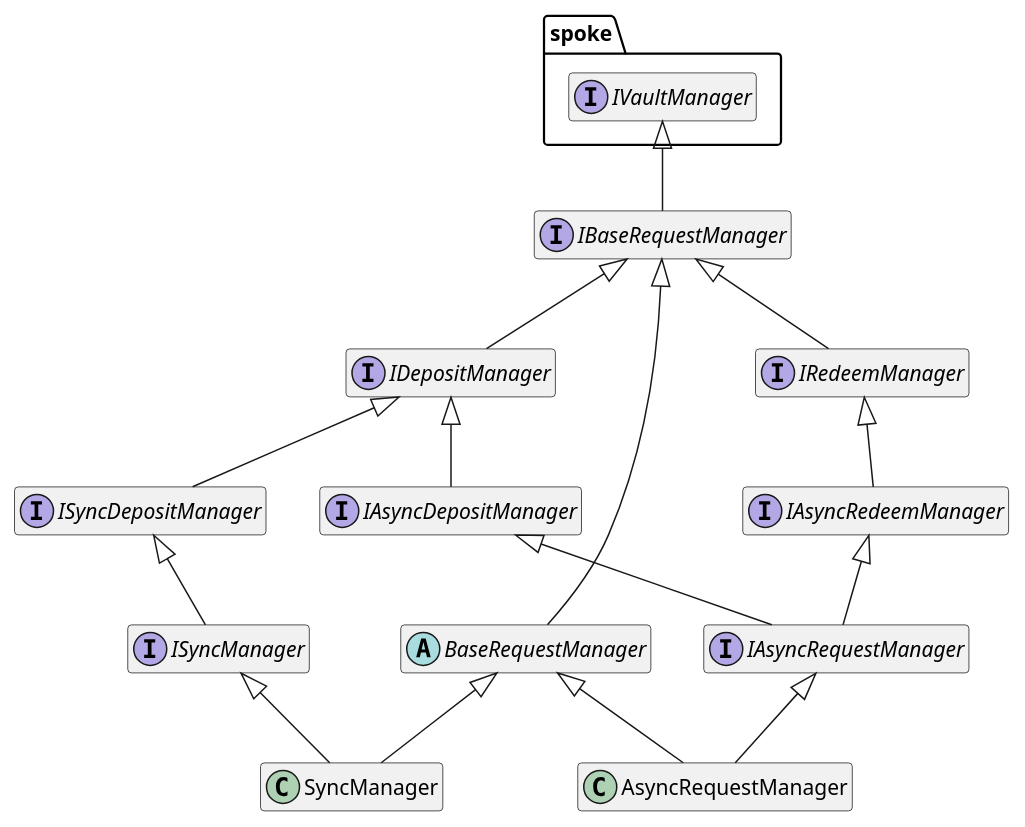
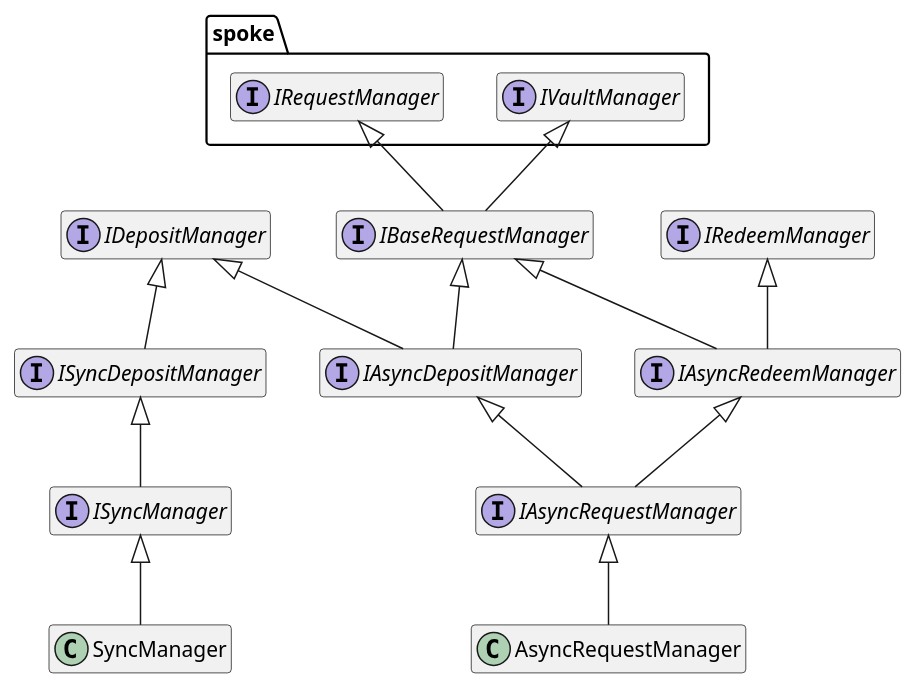
Before and after one commit to centrifuge/protocol: the diagram in docs/architecture/vaults/managers.puml, drawn with PlantUML.

Commit message:
Update managers diagram

```diff
--- a/docs/architecture/vaults/managers.puml
+++ b/docs/architecture/vaults/managers.puml
@@ -1,44 +1,38 @@
 @startuml
 hide empty members
 
 package spoke {
     interface IVaultManager
+    interface IRequestManager
 }
 
 interface IBaseRequestManager
 
 interface IDepositManager
 interface IRedeemManager
 
 interface IAsyncDepositManager
 interface ISyncDepositManager
 interface IAsyncRedeemManager
 
 interface IAsyncRequestManager
 interface ISyncManager
 
+IBaseRequestManager -up-|> IRequestManager
 IBaseRequestManager -up-|> IVaultManager
-IDepositManager -up-|> IBaseRequestManager
-IRedeemManager -up-|> IBaseRequestManager
 
+IAsyncDepositManager -up-|> IBaseRequestManager
 IAsyncDepositManager -up-|> IDepositManager
 ISyncDepositManager -up-|> IDepositManager
 IAsyncRedeemManager -up-|> IRedeemManager
+IAsyncRedeemManager -up-|> IBaseRequestManager
 
 IAsyncRequestManager -up-|> IAsyncDepositManager
 IAsyncRequestManager -up-|> IAsyncRedeemManager
 
 ISyncManager -up-|> ISyncDepositManager
 
-abstract BaseRequestManager
-class AsyncRequestManager
-class SyncManager
-
-AsyncRequestManager -up-|> BaseRequestManager
-SyncManager -up-|> BaseRequestManager
-
-BaseRequestManager -up-|> IBaseRequestManager
 AsyncRequestManager -up-|> IAsyncRequestManager
 SyncManager -up-|> ISyncManager
 
 @enduml
```
